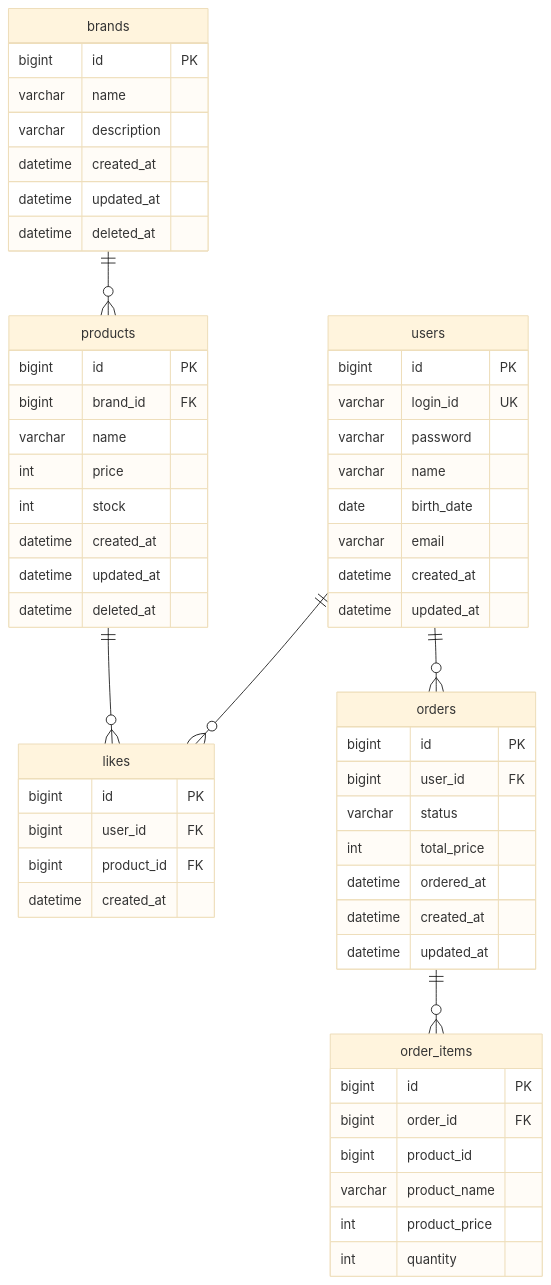
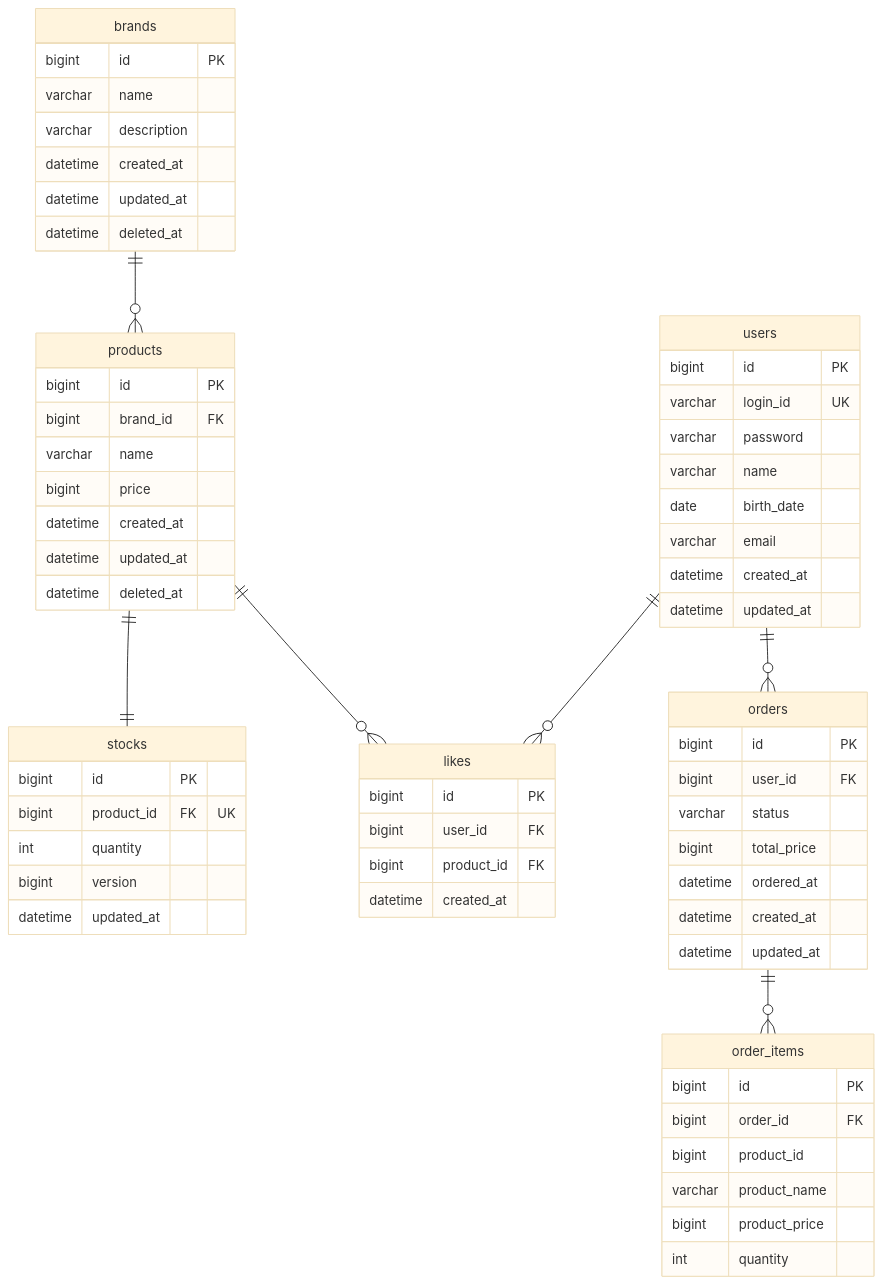
The diagram in docs/week2/04-erd.md (loopers-labs/loop-pack-be-l2-vol4-java), drawn with Mermaid (base theme) before and after one commit. The commit also changed other lines of this file and 2 other files, not shown here.

Commit message:
docs: 2주차 설계 문서 개선
- Stock을 Product에서 분리된 독립 엔티티로 설계 (재고 쓰기 빈도 차이, 락 경쟁 최소화)
- stocks 테이블 추가: product_id(UK), quantity, version(낙관적 락)
- products.stock 컬럼 제거, 가격 컬럼 타입 int → bigint
- OrderService / AdminOrderService 분리
- UserService, StockRepository, UserRepository 클래스 다이어그램에 추가
- User.password 필드 누락 수정
- 가격 관련 필드 타입 int → Long 통일
- AuthUserArgumentResolver 메서드명 authenticate → resolveLoginId 수정
- orders.ordered_at vs created_at 구분 설명 추가

````diff
--- a/docs/week2/04-erd.md
+++ b/docs/week2/04-erd.md
@@ -7,65 +7,73 @@
 ```mermaid
 erDiagram
     users {
         bigint id PK
         varchar login_id UK
         varchar password
         varchar name
         date birth_date
         varchar email
         datetime created_at
         datetime updated_at
     }
 
     brands {
         bigint id PK
         varchar name
         varchar description
         datetime created_at
         datetime updated_at
         datetime deleted_at
     }
 
     products {
         bigint id PK
         bigint brand_id FK
         varchar name
-        int price
-        int stock
+        bigint price
         datetime created_at
         datetime updated_at
         datetime deleted_at
+    }
+
+    stocks {
+        bigint id PK
+        bigint product_id FK "UK"
+        int quantity
+        bigint version
+        datetime updated_at
     }
 
     likes {
         bigint id PK
         bigint user_id FK
         bigint product_id FK
         datetime created_at
     }
 
     orders {
         bigint id PK
         bigint user_id FK
         varchar status
-        int total_price
+        bigint total_price
         datetime ordered_at
         datetime created_at
         datetime updated_at
     }
 
     order_items {
         bigint id PK
         bigint order_id FK
         bigint product_id
         varchar product_name
-        int product_price
+        bigint product_price
         int quantity
     }
 
     users ||--o{ likes : ""
     users ||--o{ orders : ""
     brands ||--o{ products : ""
+    products ||--|| stocks : ""
     products ||--o{ likes : ""
     orders ||--o{ order_items : ""
 ```
````
